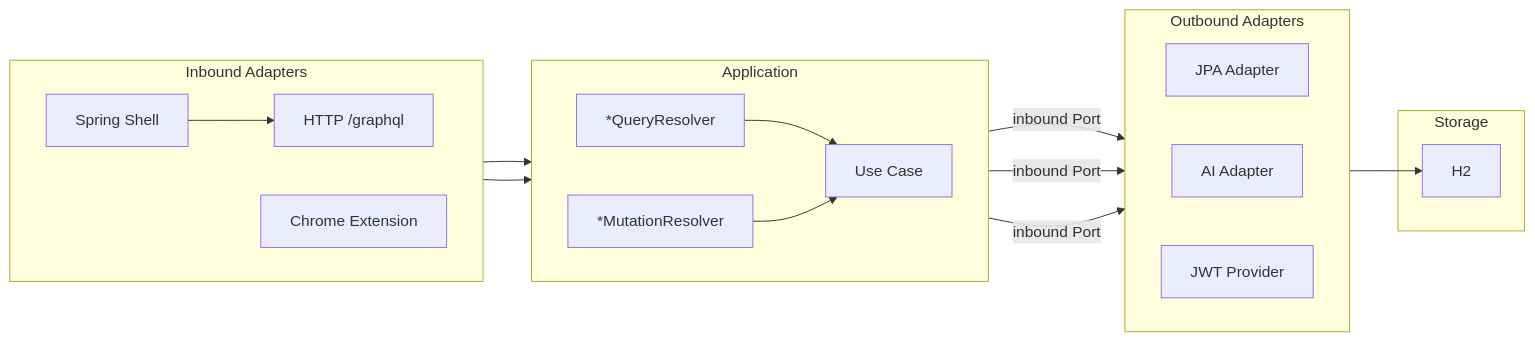
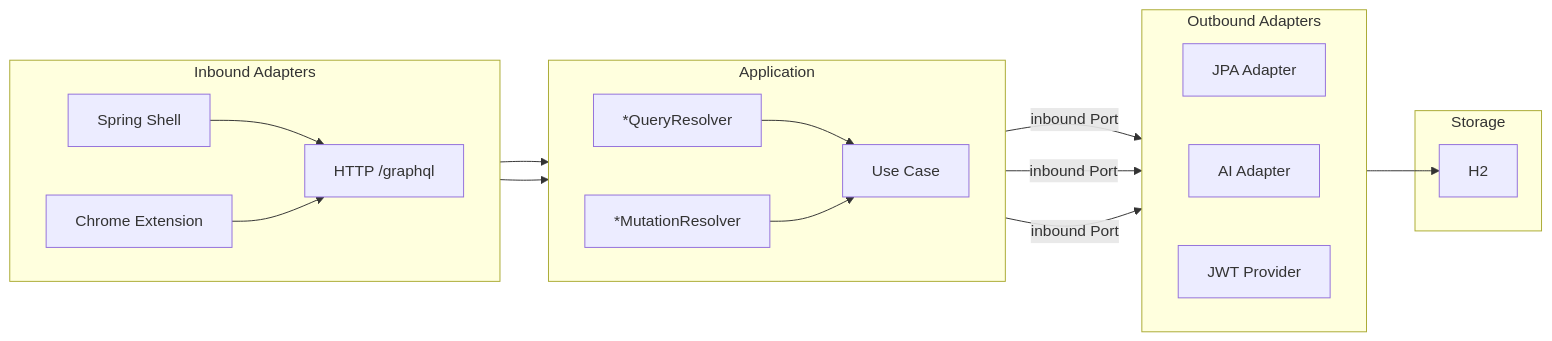
One commit to JuanPabloJimenezEsclusa/alexandra-job-tracker changed the second of 3 diagrams in README.md. Above: the diagram before and after it, drawn with Mermaid. The commit also changed 18 other files, not shown here.

````diff
--- a/README.md
+++ b/README.md
@@ -91,30 +91,31 @@
 ```mermaid
 flowchart LR
     subgraph inbound [Inbound Adapters]
         direction LR
         CLI["Spring Shell"]
         BrowserExt["Chrome Extension"]
         HTTP["HTTP /graphql"]
     end
     subgraph app [Application]
         direction LR
         QR["*QueryResolver"]
         MR["*MutationResolver"]
         UC["Use Case"]
     end
     subgraph outbound [Outbound Adapters]
         direction LR
         JPA["JPA Adapter"]
         AI["AI Adapter"]
         JWT["JWT Provider"]
     end
     subgraph storage [Storage]
         DB[H2]
     end
 
     CLI --> HTTP
+    BrowserExt --> HTTP
     HTTP --> QR & MR
     QR & MR --> UC
     UC --> |inbound Port| JPA & AI & JWT
     JPA --> DB
 ```
````
